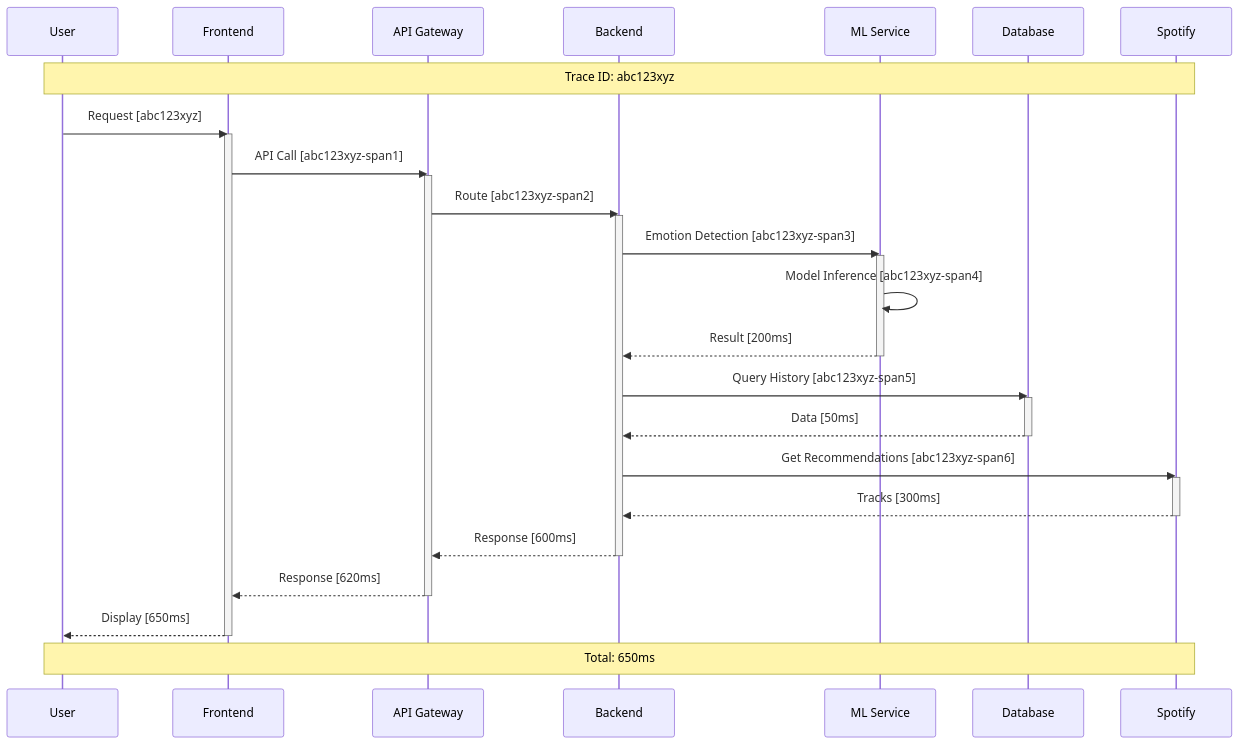
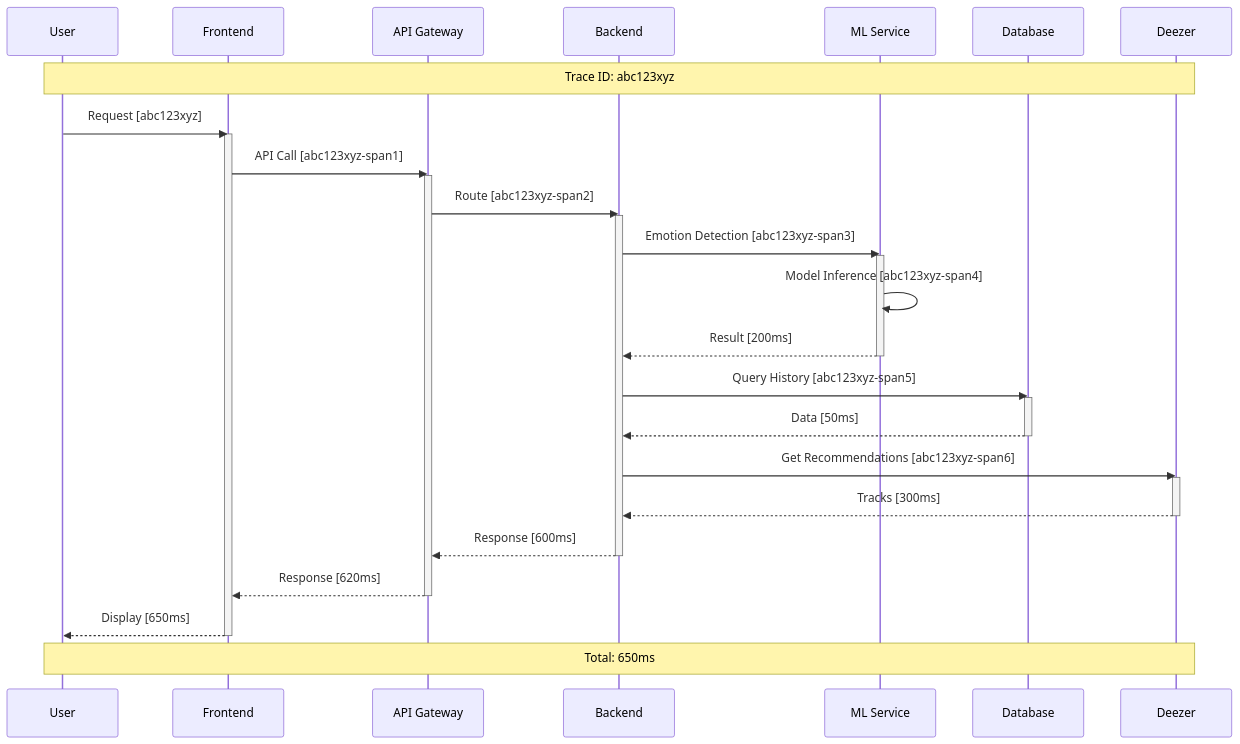
One commit to hoangsonww/Moodify-Emotion-Music-App changed diagram 17 of 17 in ARCHITECTURE.md. Above: the diagram before and after it, drawn with Mermaid. The commit also changed other lines of this file and 4 other files, not shown here.

````diff
--- a/ARCHITECTURE.md
+++ b/ARCHITECTURE.md
@@ -1058,40 +1058,40 @@
 ```mermaid
 sequenceDiagram
     participant U as User
     participant FE as Frontend
     participant GW as API Gateway
     participant BE as Backend
     participant ML as ML Service
     participant DB as Database
-    participant SP as Spotify
+    participant SP as Deezer
 
     Note over U,SP: Trace ID: abc123xyz
 
     U->>FE: Request [abc123xyz]
     activate FE
     FE->>GW: API Call [abc123xyz-span1]
     activate GW
     GW->>BE: Route [abc123xyz-span2]
     activate BE
     BE->>ML: Emotion Detection [abc123xyz-span3]
     activate ML
     ML->>ML: Model Inference [abc123xyz-span4]
     ML-->>BE: Result [200ms]
     deactivate ML
     BE->>DB: Query History [abc123xyz-span5]
     activate DB
     DB-->>BE: Data [50ms]
     deactivate DB
     BE->>SP: Get Recommendations [abc123xyz-span6]
     activate SP
     SP-->>BE: Tracks [300ms]
     deactivate SP
     BE-->>GW: Response [600ms]
     deactivate BE
     GW-->>FE: Response [620ms]
     deactivate GW
     FE-->>U: Display [650ms]
     deactivate FE
 
     Note over U,SP: Total: 650ms
 ```
````
